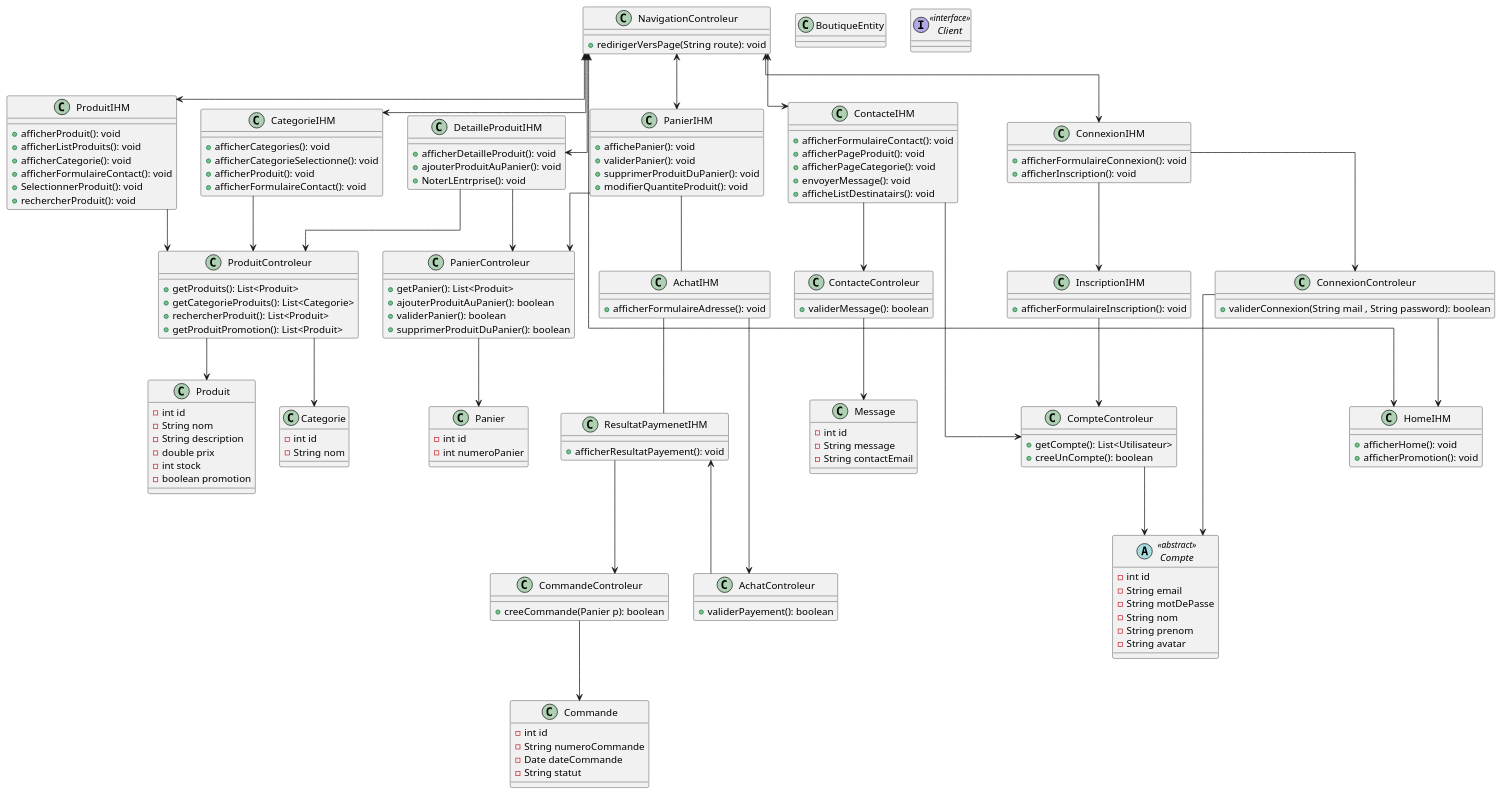
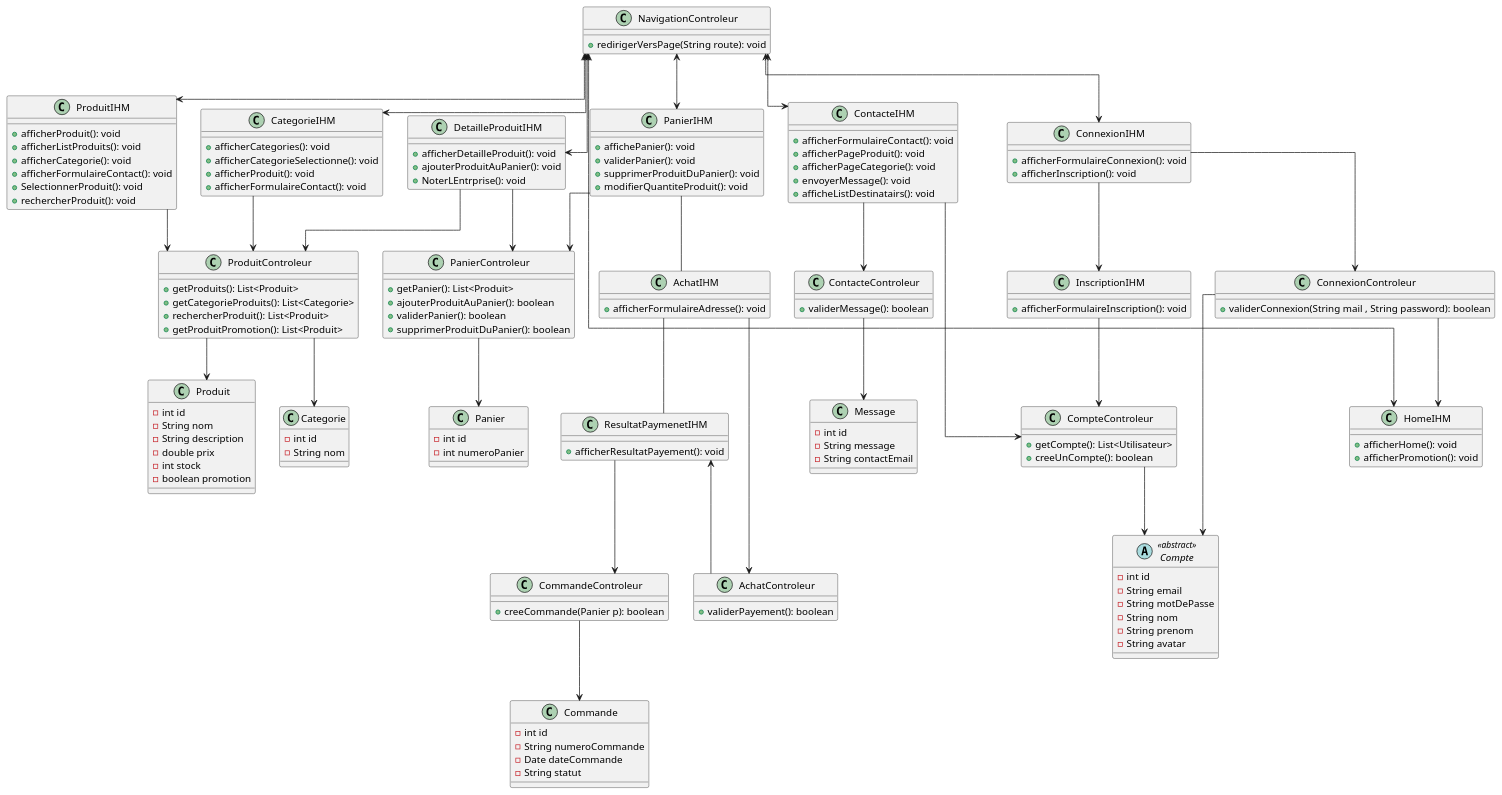
One commit to MehediT/BoutiqueLigneAudiovisuels changed the diagram in Class/ClassDiagramParticipante_User_Visitor.puml. Above: the diagram before and after it, drawn with PlantUML. The commit also changed 7 other files, not shown here.

```diff
--- a/Class/ClassDiagramParticipante_User_Visitor.puml
+++ b/Class/ClassDiagramParticipante_User_Visitor.puml
@@ -1,6 +1,6 @@
 @startuml
 'hide circle
-'hide @unlinked
+hide @unlinked
 skinparam linetype ortho
 skinparam lineStyle jumps
 
```
